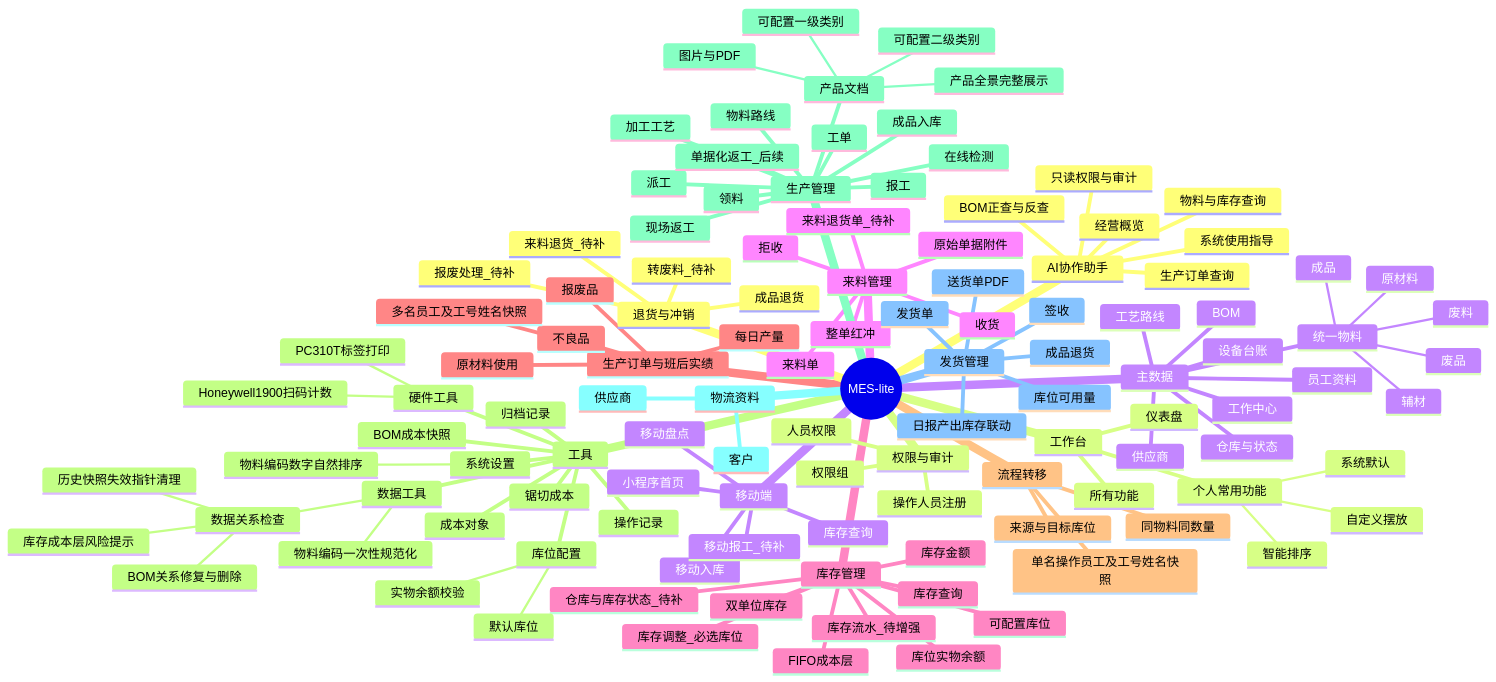
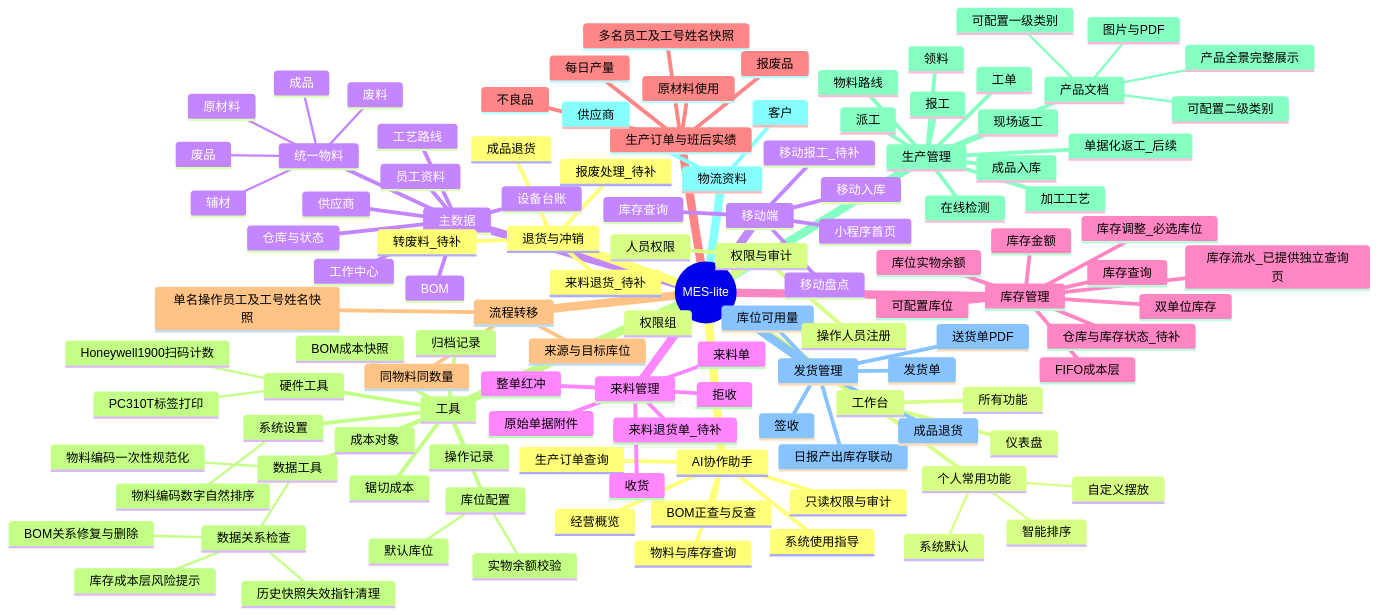
One commit to goldf2/mes-lite changed the first of 18 diagrams in docs/minierp/system-function-flow.md. Above: the diagram before and after it, drawn with Mermaid. The commit also changed other lines of this file and 33 other files, not shown here.

```diff
--- a/docs/minierp/system-function-flow.md
+++ b/docs/minierp/system-function-flow.md
@@ -69,7 +69,7 @@
       库存金额
       FIFO成本层
       库存调整_必选库位
-      库存流水_待增强
+      库存流水_已提供独立查询页
       仓库与库存状态_待补
     生产订单与班后实绩
       每日产量
```
